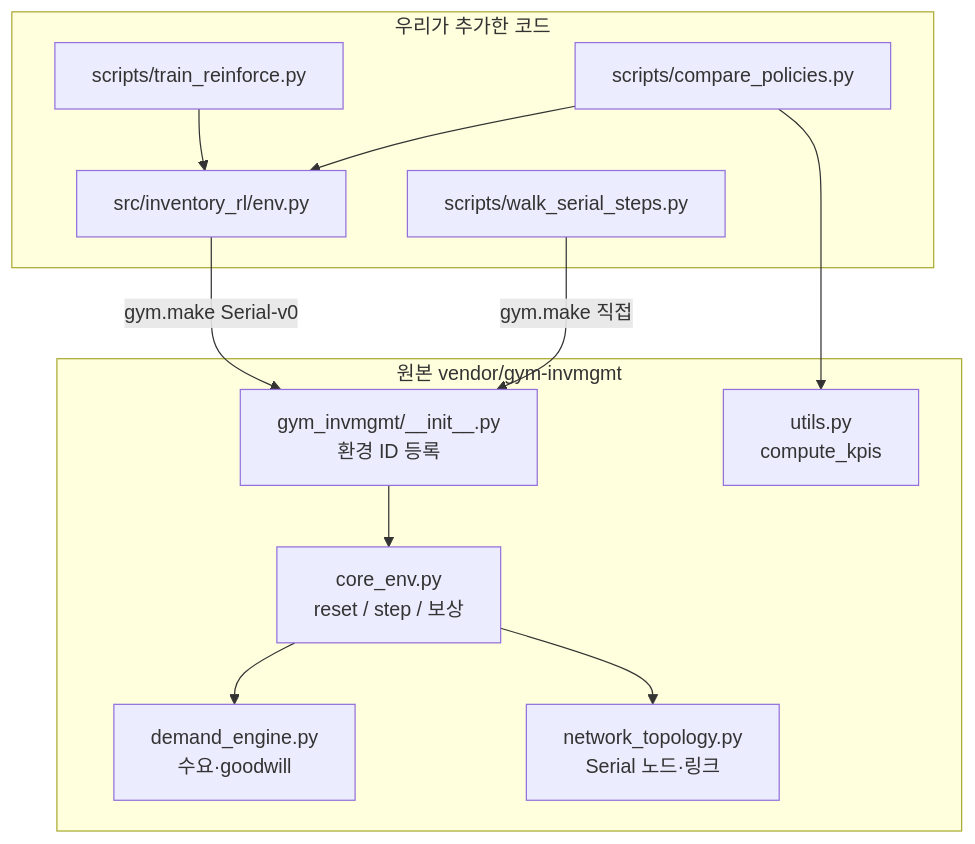
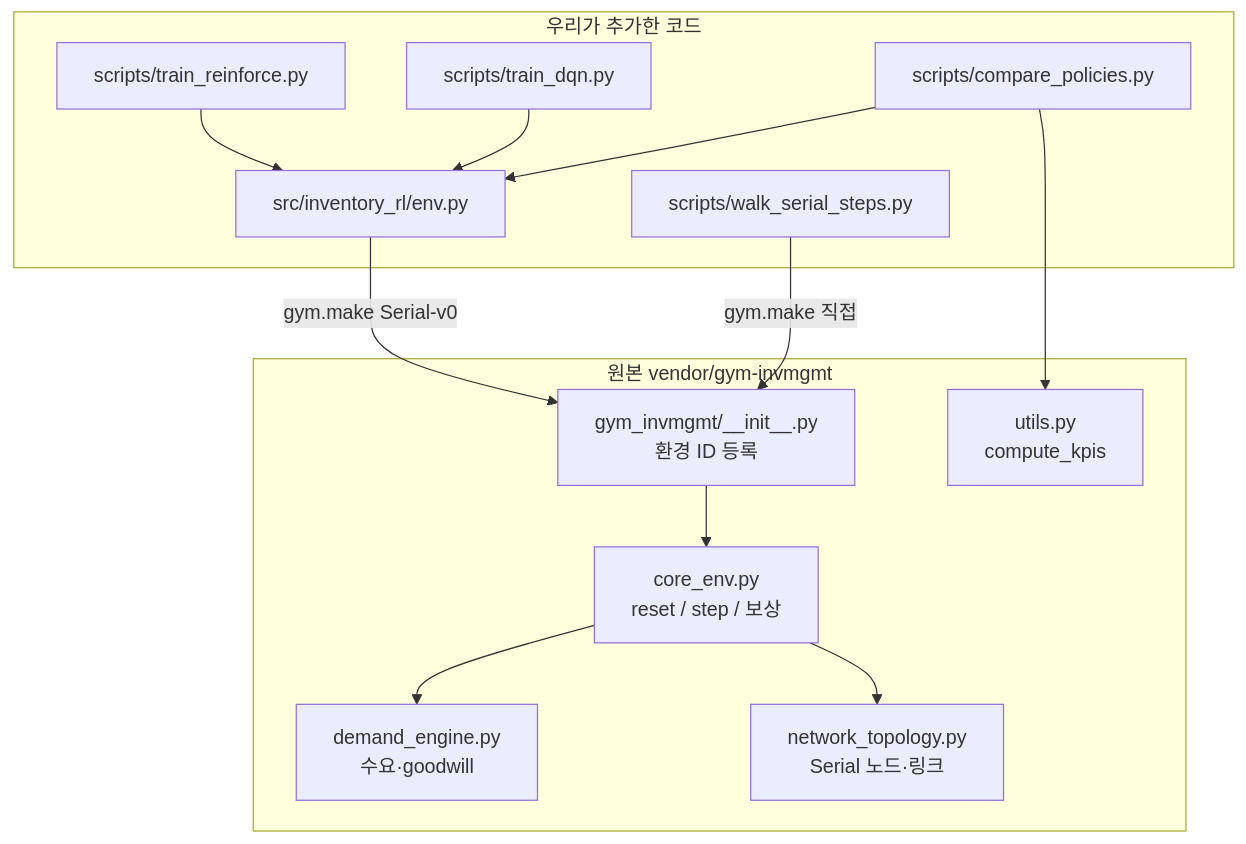
One commit to oksjjj/inventory-rl-project changed the first of 2 diagrams in docs/file_structure.md. Above: the diagram before and after it, drawn with Mermaid. The commit also changed other lines of this file and 5 other files, not shown here.

````diff
--- a/docs/file_structure.md
+++ b/docs/file_structure.md
@@ -35,26 +38,28 @@
 ```mermaid
 flowchart TB
   subgraph vendor ["원본 vendor/gym-invmgmt"]
     init["gym_invmgmt/__init__.py<br/>환경 ID 등록"]
     core["core_env.py<br/>reset / step / 보상"]
     demand["demand_engine.py<br/>수요·goodwill"]
     topo["network_topology.py<br/>Serial 노드·링크"]
     kpis["utils.py<br/>compute_kpis"]
     init --> core
     core --> demand
     core --> topo
   end
 
   subgraph ours ["우리가 추가한 코드"]
     env["src/inventory_rl/env.py"]
     walk["scripts/walk_serial_steps.py"]
-    train["scripts/train_reinforce.py"]
+    train_rf["scripts/train_reinforce.py"]
+    train_dqn["scripts/train_dqn.py"]
     cmp["scripts/compare_policies.py"]
   end
 
   env -->|"gym.make Serial-v0"| init
   walk -->|"gym.make 직접"| init
-  train --> env
+  train_rf --> env
+  train_dqn --> env
   cmp --> env
   cmp --> kpis
 ```
````
